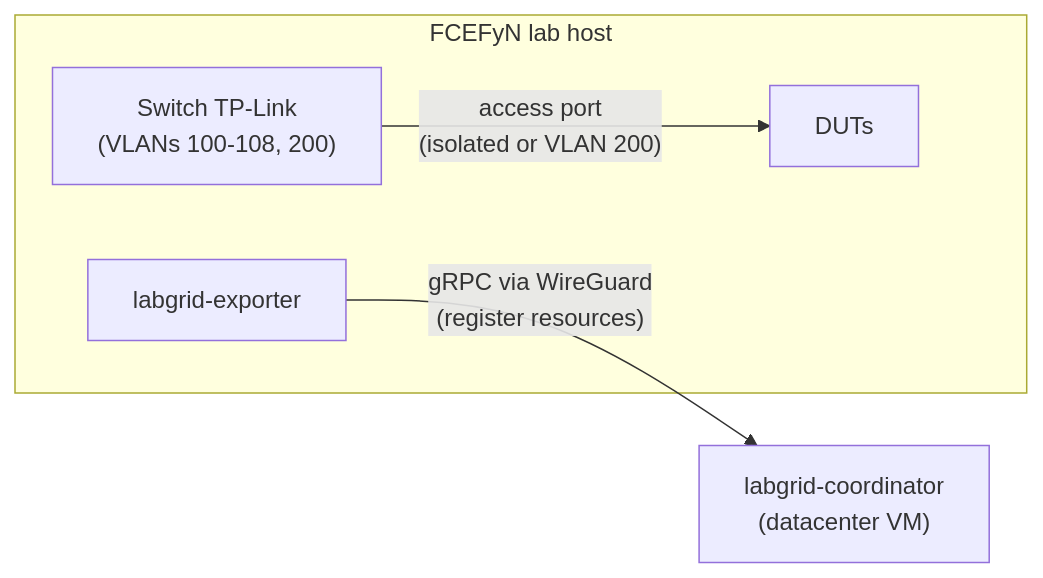
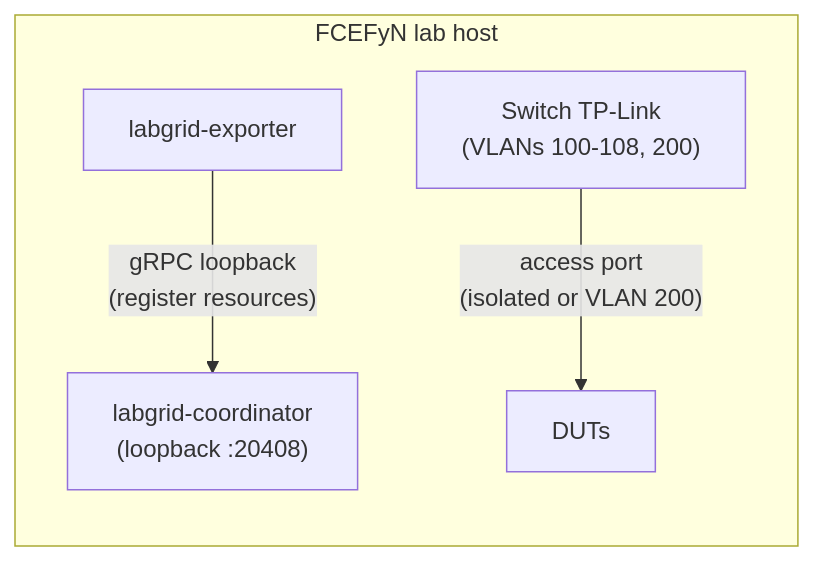
One commit to ccasanueva7/fcefyn_testbed_utils changed the first of 3 diagrams in docs/diseno/lab-architecture.md. Above: the diagram before and after it, drawn with Mermaid. The commit also changed other lines of this file and 9 other files, not shown here.

````diff
--- a/docs/diseno/lab-architecture.md
+++ b/docs/diseno/lab-architecture.md
@@ -62,13 +62,12 @@
 ```mermaid
 flowchart LR
     subgraph lab ["FCEFyN lab host"]
+        COORD["labgrid-coordinator\n(loopback :20408)"]
         EXP["labgrid-exporter"]
         SW["Switch TP-Link\n(VLANs 100-108, 200)"]
         DUTs["DUTs"]
     end
 
-    COORD["labgrid-coordinator\n(datacenter VM)"]
-
-    EXP -->|"gRPC via WireGuard\n(register resources)"| COORD
+    EXP -->|"gRPC loopback\n(register resources)"| COORD
     SW -->|"access port\n(isolated or VLAN 200)"| DUTs
 ```
````
